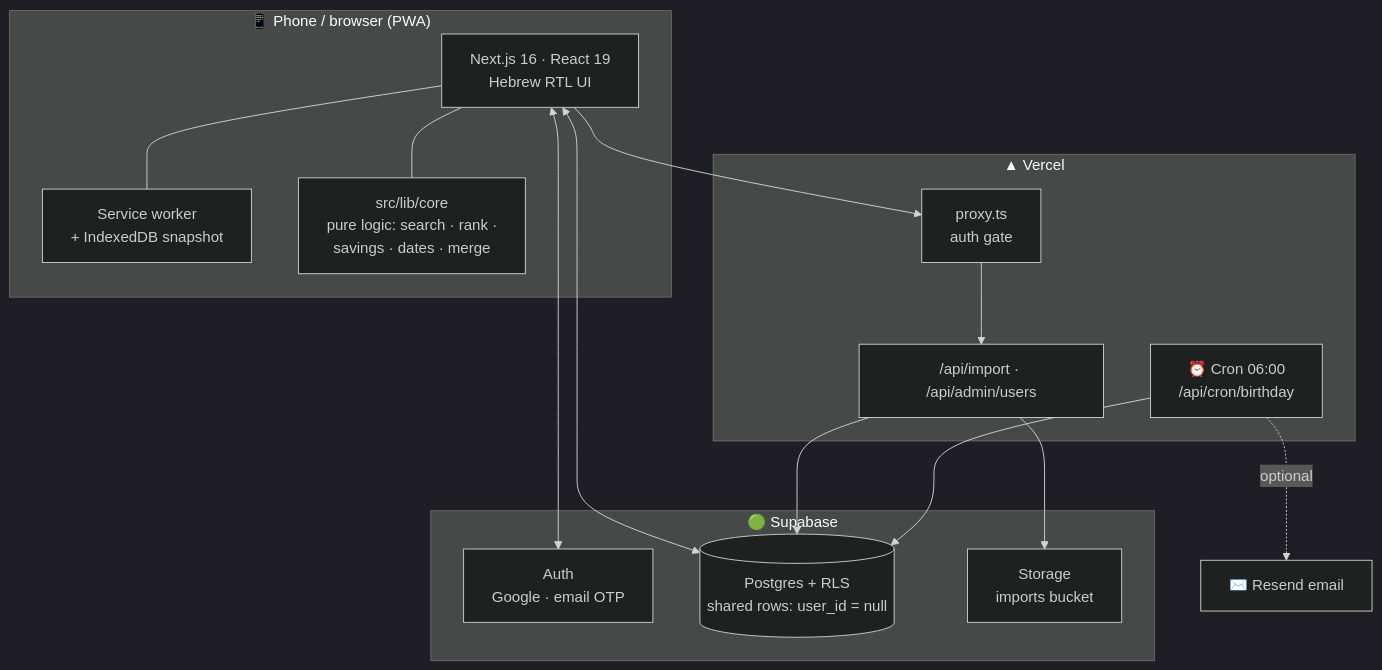
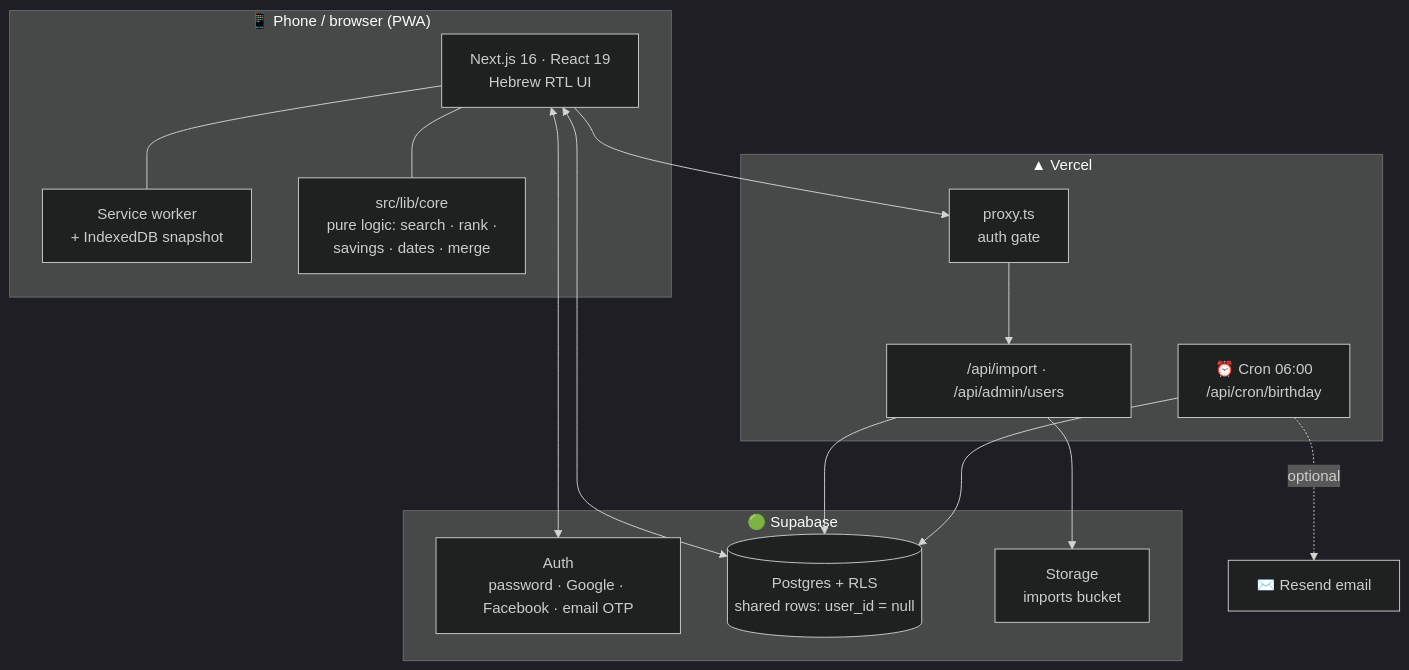
Before and after one commit to Gabrielab5/benefits-finder: the second of 3 diagrams in README.md, drawn with Mermaid (dark theme). The commit also changed other lines of this file and 6 other files, not shown here.

First line of the commit message:
feat(login): open sign-up with password and Facebook, accessible form

````diff
--- a/README.md
+++ b/README.md
@@ -175,27 +175,27 @@
 ```mermaid
 flowchart TB
     subgraph Device["📱 Phone / browser (PWA)"]
         UI["Next.js 16 · React 19<br/>Hebrew RTL UI"]
         SW["Service worker<br/>+ IndexedDB snapshot"]
         Core["src/lib/core<br/>pure logic: search · rank ·<br/>savings · dates · merge"]
         UI --- Core
         UI --- SW
     end
     subgraph Vercel["▲ Vercel"]
         Proxy["proxy.ts<br/>auth gate"]
         API["/api/import · /api/admin/users"]
         Cron["⏰ Cron 06:00<br/>/api/cron/birthday"]
     end
     subgraph Supabase["🟢 Supabase"]
-        Auth["Auth<br/>Google · email OTP"]
+        Auth["Auth<br/>password · Google · Facebook · email OTP"]
         DB[("Postgres + RLS<br/>shared rows: user_id = null")]
         Store["Storage<br/>imports bucket"]
     end
     UI --> Proxy --> API
     UI <--> Auth
     UI <--> DB
     API --> DB
     API --> Store
     Cron --> DB
     Cron -. optional .-> Resend["✉️ Resend email"]
 ```
````
